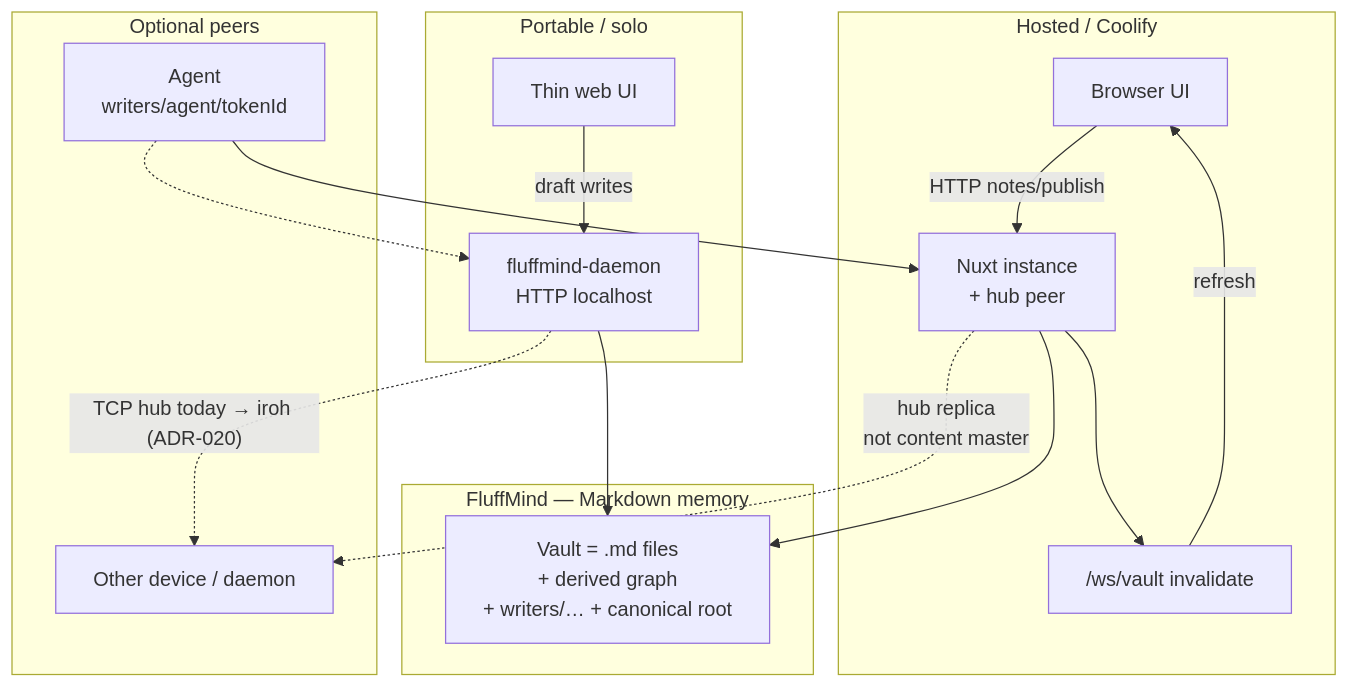
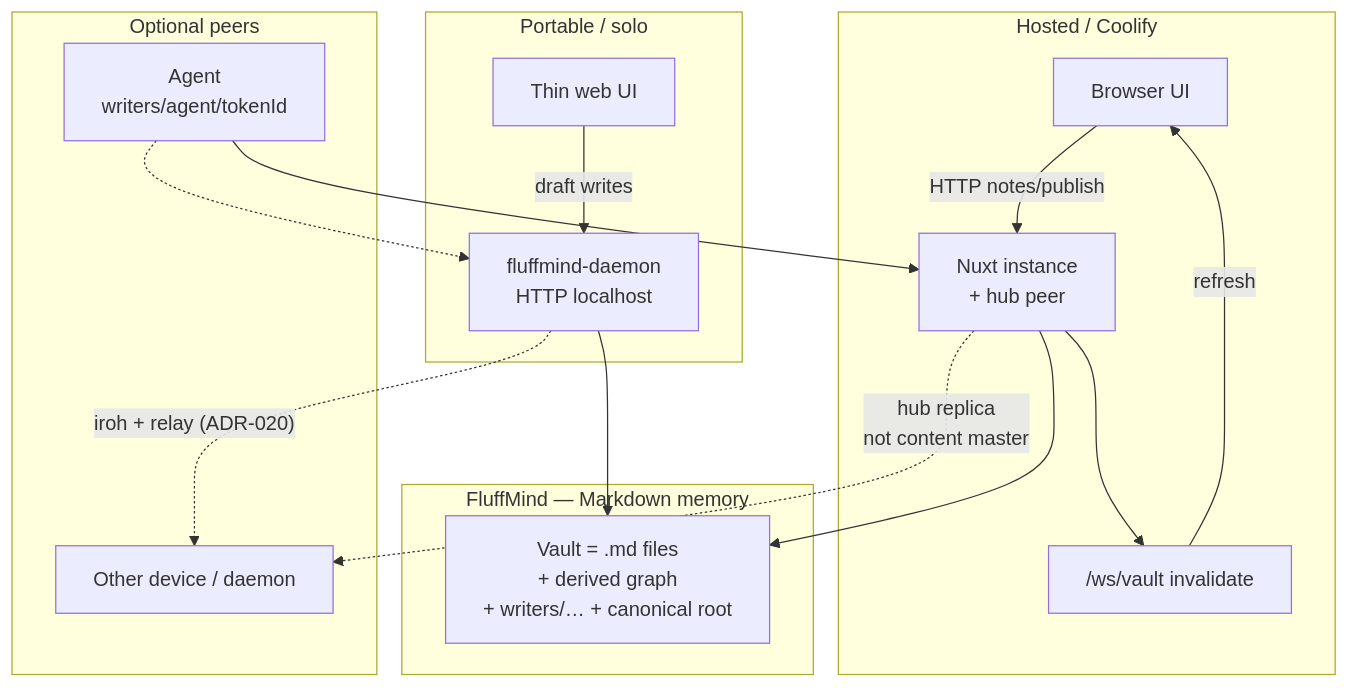
Before and after one commit to chatondearu/fluffmind: the first of 7 diagrams in foam/architecture/sync-architecture.md, drawn with Mermaid. The commit also changed other lines of this file and 52 other files, not shown here.

First line of the commit message:
feat(sync): iroh transport + relay in the Rust daemon behind MeshSyncTransport

````diff
--- a/foam/architecture/sync-architecture.md
+++ b/foam/architecture/sync-architecture.md
@@ -24,33 +24,33 @@
 ```mermaid
 flowchart TB
   subgraph Product["FluffMind — Markdown memory"]
     Vault["Vault = .md files\n+ derived graph\n+ writers/… + canonical root"]
   end
 
   subgraph Portable["Portable / solo"]
     UI1["Thin web UI"]
     Daemon["fluffmind-daemon\nHTTP localhost"]
     UI1 -->|"draft writes"| Daemon
     Daemon --> Vault
   end
 
   subgraph Hosted["Hosted / Coolify"]
     UI2["Browser UI"]
     Nuxt["Nuxt instance\n+ hub peer"]
     WS["/ws/vault invalidate"]
     UI2 -->|"HTTP notes/publish"| Nuxt
     Nuxt --> Vault
     Nuxt --> WS
     WS -->|"refresh"| UI2
   end
 
   subgraph OptionalPeers["Optional peers"]
     OtherDevice["Other device / daemon"]
     Agent["Agent\nwriters/agent/tokenId"]
   end
 
-  Daemon -.->|"TCP hub today → iroh (ADR-020)"| OtherDevice
+  Daemon -.->|"iroh + relay (ADR-020)"| OtherDevice
   Nuxt -.->|"hub replica\nnot content master"| OtherDevice
   Agent --> Nuxt
   Agent -.-> Daemon
 ```
````
